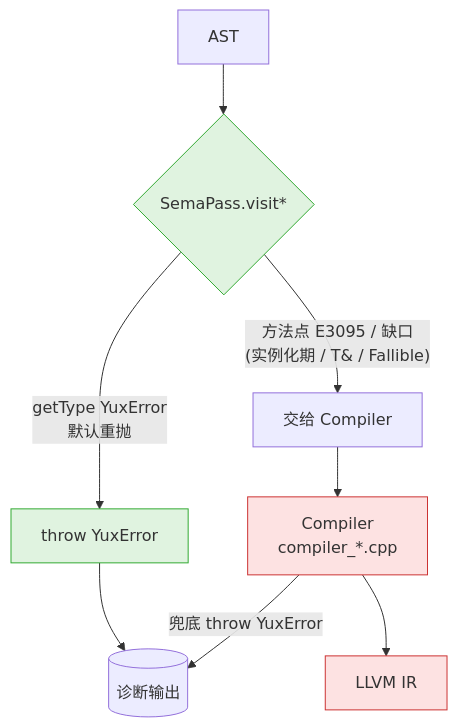
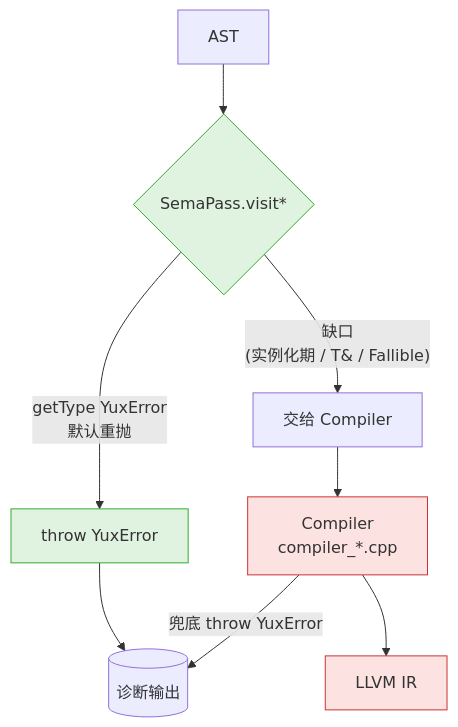
One commit to riu-lang/riu changed the fourth of 6 diagrams in yux.md. Above: the diagram before and after it, drawn with Mermaid. The commit also changed 9 other files, not shown here.

````diff
--- a/yux.md
+++ b/yux.md
@@ -116,18 +116,18 @@
 ```mermaid
 flowchart TB
     ast[AST] --> sema{SemaPass.visit*}
 
     sema -- "getType YuxError<br/>默认重抛" --> throwSema[throw YuxError]
-    sema -- "方法点 E3095 / 缺口<br/>(实例化期 / T& / Fallible)" --> skip[交给 Compiler]
+    sema -- "缺口<br/>(实例化期 / T& / Fallible)" --> skip[交给 Compiler]
 
     throwSema --> userErr[(诊断输出)]
     skip --> compiler[Compiler<br/>compiler_*.cpp]
 
     compiler -- "兜底 throw YuxError" --> userErr
     compiler --> ir[LLVM IR]
 
     classDef green fill:#e0f3e0,stroke:#3a3
     classDef red fill:#fde2e2,stroke:#c33
     class sema,throwSema green
     class compiler,ir red
 ```
````
